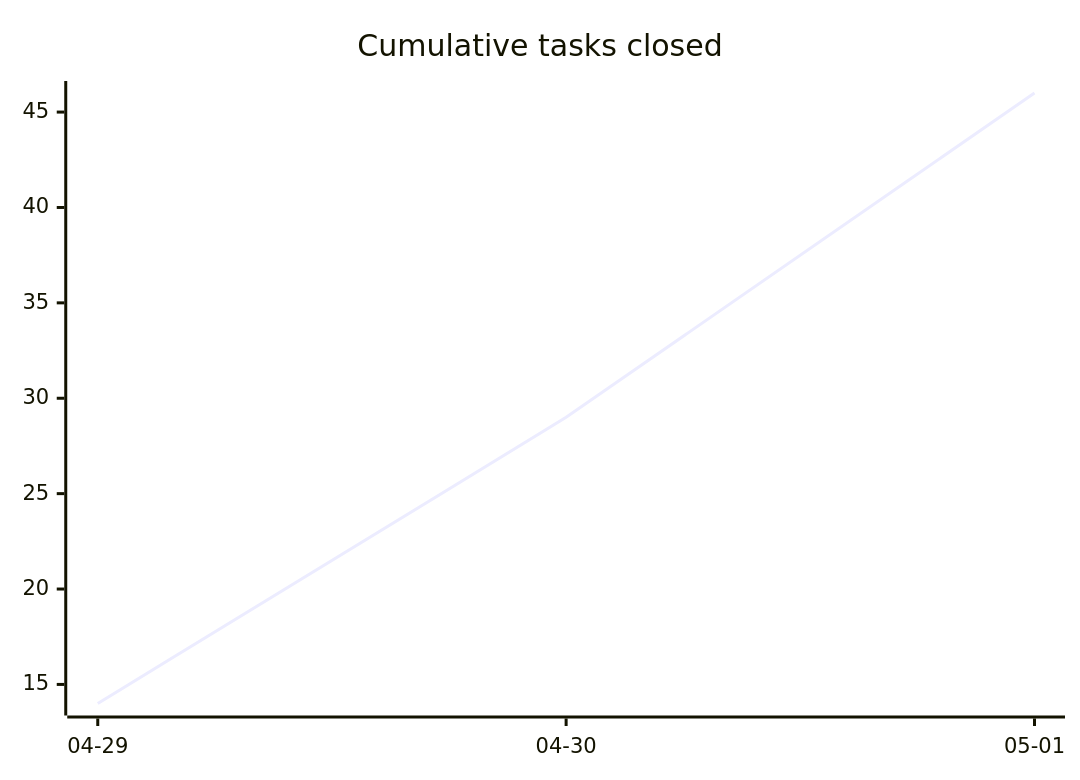
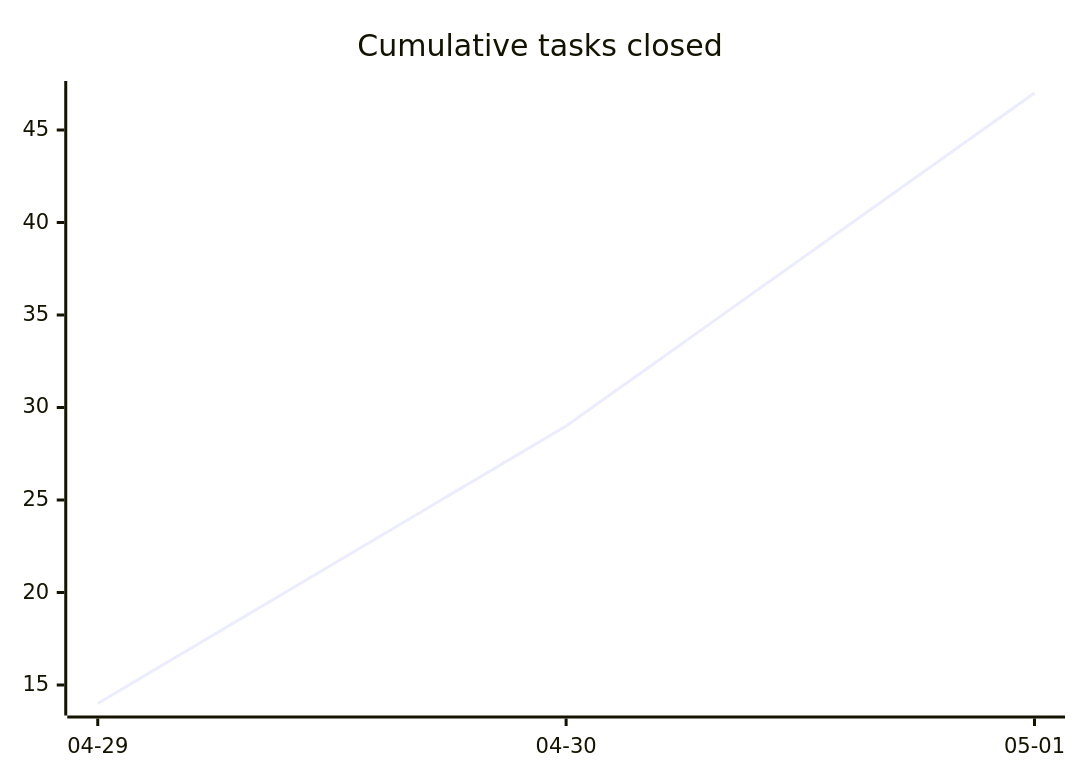
One commit to tgd1975/AwesomeStudioPedal changed the first of 3 diagrams in docs/developers/tasks/OVERVIEW.md. Above: the diagram before and after it, drawn with Mermaid. The commit also changed other lines of this file and 6 other files, not shown here.

````diff
--- a/docs/developers/tasks/OVERVIEW.md
+++ b/docs/developers/tasks/OVERVIEW.md
@@ -22,6 +22,6 @@
 ```mermaid
 xychart-beta
     title "Cumulative tasks closed"
     x-axis ["04-29", "04-30", "05-01"]
-    line [14, 29, 46]
+    line [14, 29, 47]
 ```
````
